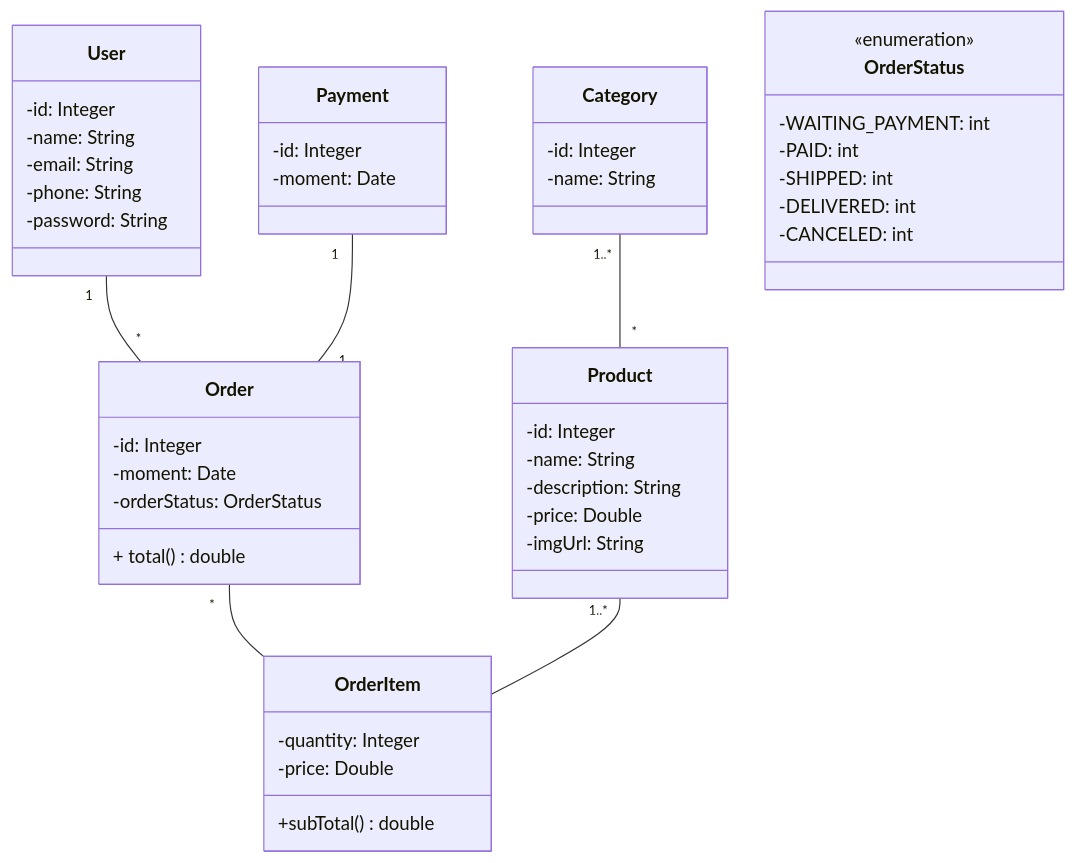
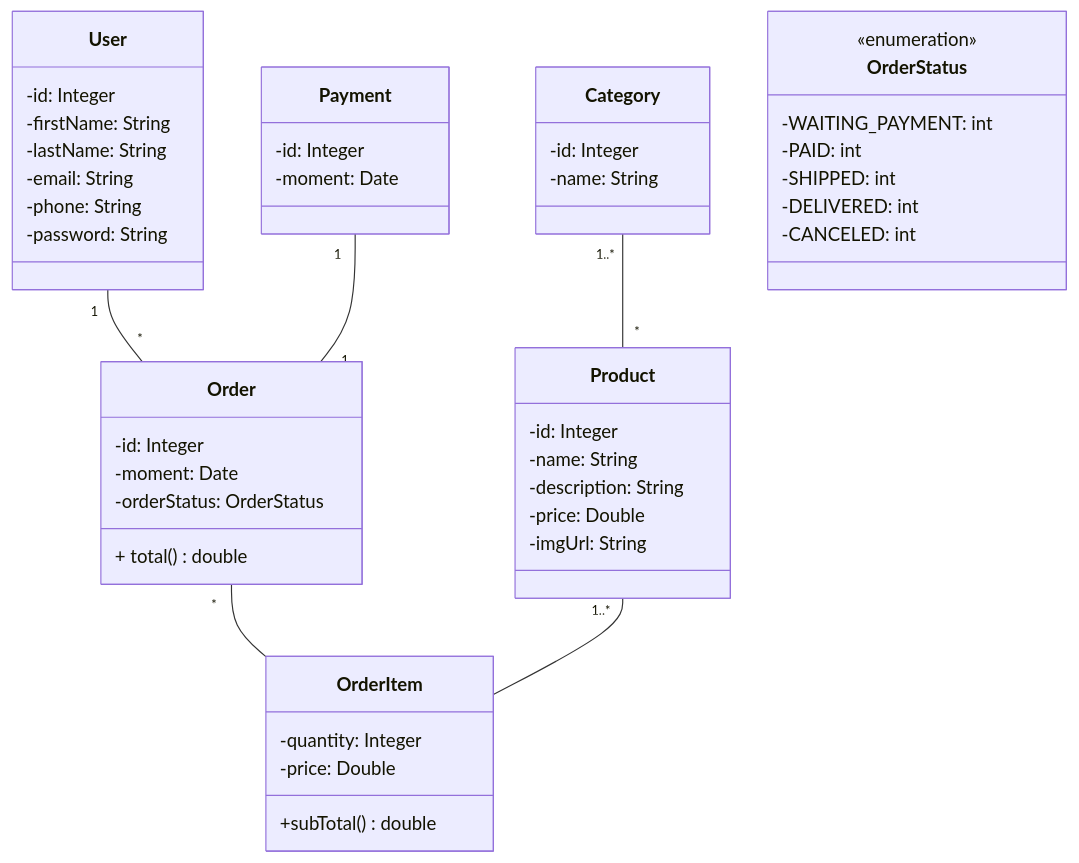
One commit to matheus-fvp13/java-ecommerce changed the diagram in README.md. Above: the diagram before and after it, drawn with Mermaid. The commit also changed other lines of this file, not shown here.

````diff
--- a/README.md
+++ b/README.md
@@ -6,50 +11,51 @@
 ```mermaid
 classDiagram
     class User {
         -id: Integer
-        -name: String
+        -firstName: String
+        -lastName: String
         -email: String
         -phone: String
         -password: String
     }
     class Payment {
         -id: Integer
         -moment: Date
     }
     class Category {
         -id: Integer
         -name: String
     }
     class Order {
         -id: Integer
         -moment: Date
         -orderStatus: OrderStatus
         + total() double
     }
     class Product { 
         -id: Integer
         -name: String
         -description: String
         -price: Double
         -imgUrl: String
     }
     class OrderItem {
         -quantity: Integer
         -price: Double
         +subTotal() double
     }
     class OrderStatus {
         <<enumeration>>
         -WAITING_PAYMENT: int
         -PAID: int
         -SHIPPED: int
         -DELIVERED: int
         -CANCELED: int
     }
     
     User "1"--"*" Order
     Payment "1"--"1" Order
     Category "1..*"--"*" Product
     Order "*"-- OrderItem
     Product "1..*"-- OrderItem
 ```
````
